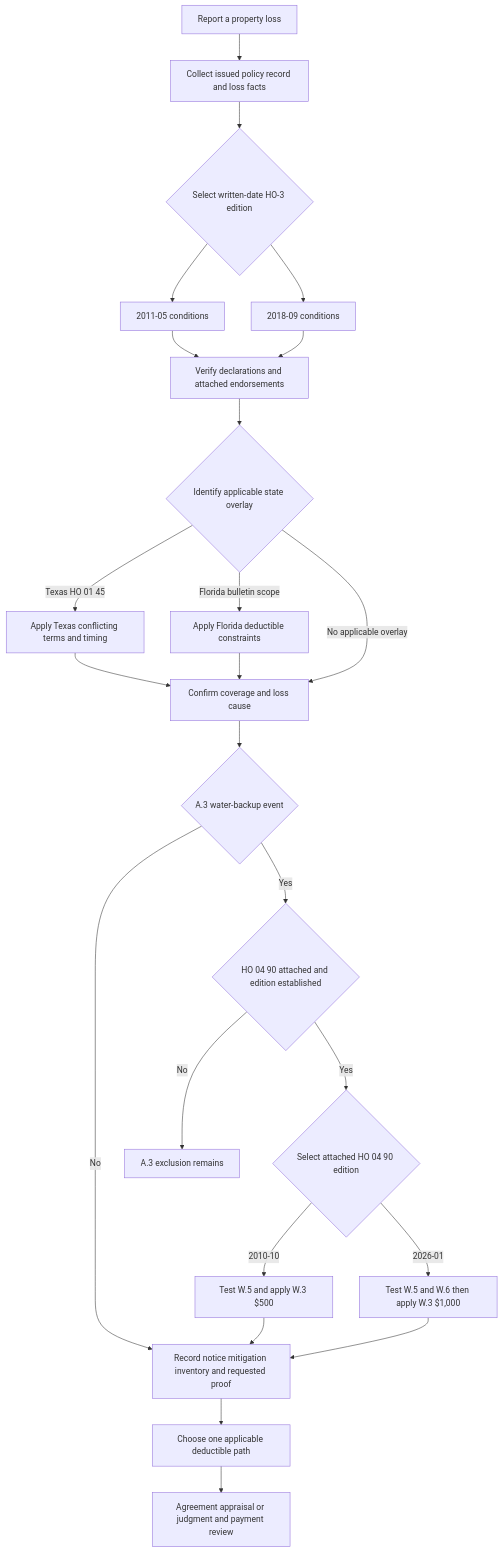
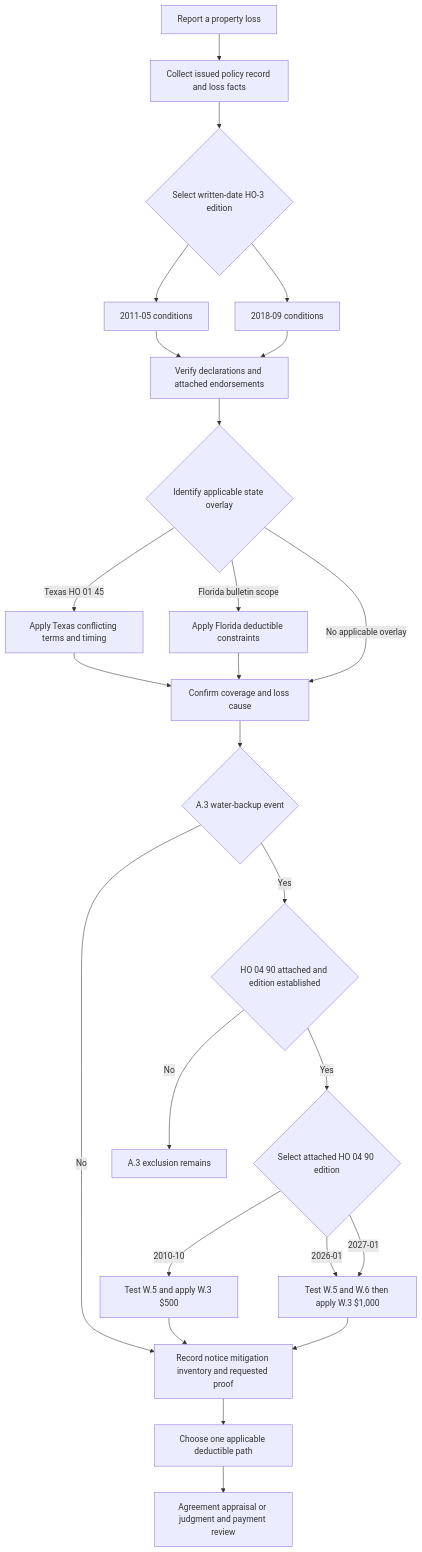
The diagram in openwiki/coverage/property/claim-conditions-and-deductibles.md (eugeneliu-86/openwiki-insurance-corpus), drawn with Mermaid before and after one commit. The commit also changed other lines of this file and 29 other files, not shown here.

````diff
--- a/openwiki/coverage/property/claim-conditions-and-deductibles.md
+++ b/openwiki/coverage/property/claim-conditions-and-deductibles.md
@@ -46,26 +48,27 @@
 ```mermaid
 flowchart TD
     Intake["Report a property loss"] --> Record["Collect issued policy record and loss facts"]
     Record --> Edition{"Select written-date HO-3 edition"}
     Edition --> Old["2011-05 conditions"]
     Edition --> New["2018-09 conditions"]
     Old --> Layers["Verify declarations and attached endorsements"]
     New --> Layers
     Layers --> State{"Identify applicable state overlay"}
     State -- "Texas HO 01 45" --> Texas["Apply Texas conflicting terms and timing"]
     State -- "Florida bulletin scope" --> Florida["Apply Florida deductible constraints"]
     State -- "No applicable overlay" --> Coverage["Confirm coverage and loss cause"]
     Texas --> Coverage
     Florida --> Coverage
     Coverage --> Backup{"A.3 water-backup event"}
     Backup -- "No" --> Duties["Record notice mitigation inventory and requested proof"]
     Backup -- "Yes" --> VerifyWater{"HO 04 90 attached and edition established"}
     VerifyWater -- "No" --> AThree["A.3 exclusion remains"]
     VerifyWater -- "Yes" --> WaterEdition{"Select attached HO 04 90 edition"}
     WaterEdition -- "2010-10" --> WaterLegacy["Test W.5 and apply W.3 $500"]
-    WaterEdition -- "2026-01" --> WaterCurrent["Test W.5 and W.6 then apply W.3 $1,000"]
+    WaterEdition -- "2026-01" --> WaterLater["Test W.5 and W.6 then apply W.3 $1,000"]
+    WaterEdition -- "2027-01" --> WaterLater
     WaterLegacy --> Duties
-    WaterCurrent --> Duties
+    WaterLater --> Duties
     Duties --> Deductible["Choose one applicable deductible path"]
     Deductible --> Resolution["Agreement appraisal or judgment and payment review"]
 ```
````
